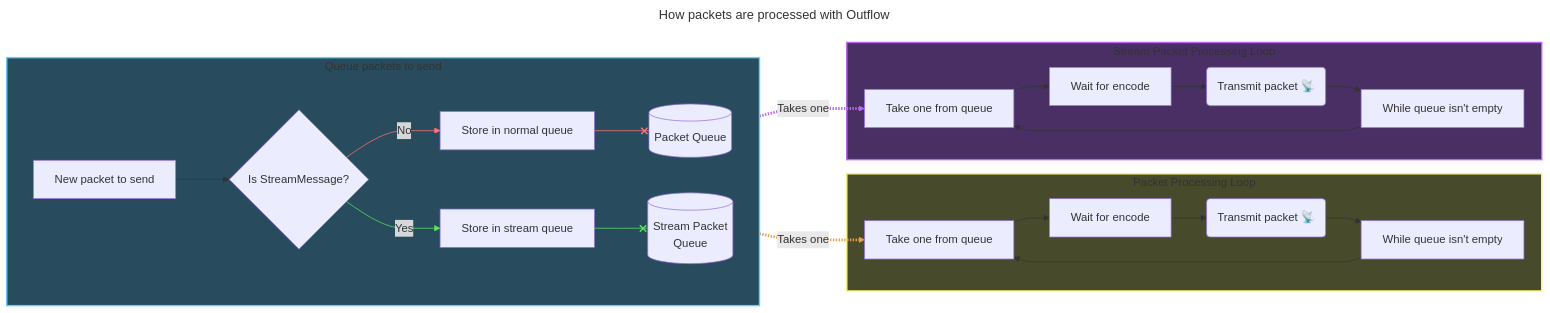
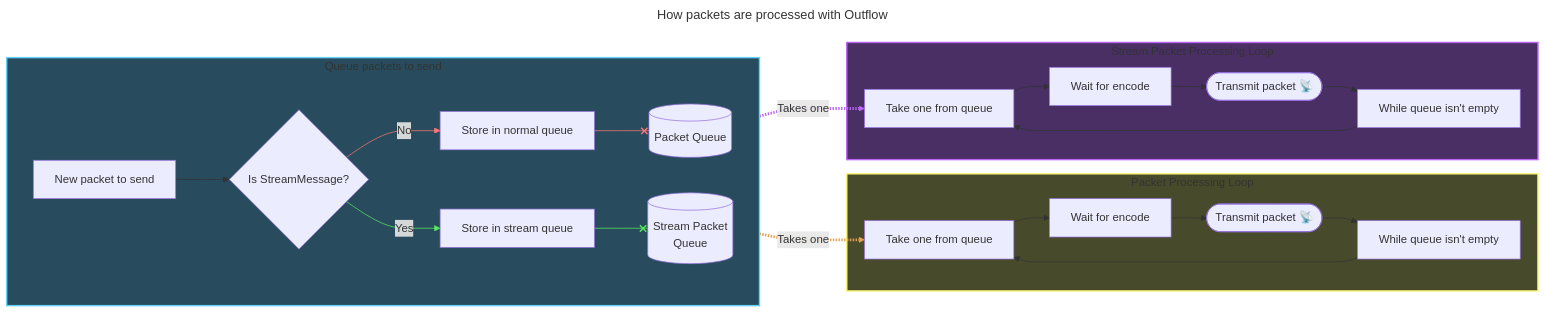
Before and after one commit to BlueCyro/Outflow: the second of 2 diagrams in README.md, drawn with Mermaid. The commit also changed other lines of this file, not shown here.

Commit message:
Update graph visuals

````diff
--- a/README.md
+++ b/README.md
@@ -61,59 +61,59 @@
 ```mermaid
 ---
 title: How packets are processed with Outflow
 ---
 %%{ init: { 'flowchart': { 'curve': 'monotoneX' } } }%%
 graph LR
     style Queue fill:#284C5D,stroke:#61D1FA,stroke-width:2px
     subgraph Queue[Queue packets to send]
     direction LR
         PacketQueue[(Packet Queue)]
         StreamQueue[(Stream Packet\nQueue)]
 
 
         NewPacket[New packet to send]
         Store[Store in normal queue]
         IsStream{Is StreamMessage?}
         StoreStream[Store in stream queue]
 
         
         NewPacket --> IsStream
         IsStream -->|No| Store --x PacketQueue
         linkStyle 1,2 stroke:#FF7676
 
         IsStream -->|Yes| StoreStream --x StreamQueue
         linkStyle 3,4 stroke:#59EB5C
     end
 
 
 
     style ProcessLoop fill:#484A2C,stroke:#F8F770,stroke-width:2px
     subgraph ProcessLoop[Packet Processing Loop]
         While[While queue isn't empty]
         Take[Take one from queue]
         Encode[Wait for encode]
-        Transmit(Transmit packet 📡)
+        Transmit([Transmit packet 📡])
 
 
         While --> Take
         Take --> Encode --> Transmit --> While
         PacketQueue -.->|Takes one| Take
         linkStyle 9 stroke:#E69E50,stroke-width:4px
     end
 
 
 
     style StreamProcessLoop fill:#492F64,stroke:#BA64F2,stroke-width:2px
     subgraph StreamProcessLoop[Stream Packet Processing Loop]
         WhileStream[While queue isn't empty]
         TakeStream[Take one from queue]
         EncodeStream[Wait for encode]
-        TransmitStream(Transmit packet 📡)
+        TransmitStream([Transmit packet 📡])
 
 
         WhileStream --> TakeStream
         TakeStream --> EncodeStream --> TransmitStream --> WhileStream
         StreamQueue -.->|Takes one| TakeStream
         linkStyle 14 stroke:#BA64F2,stroke-width:4px
     end
 ```
````
